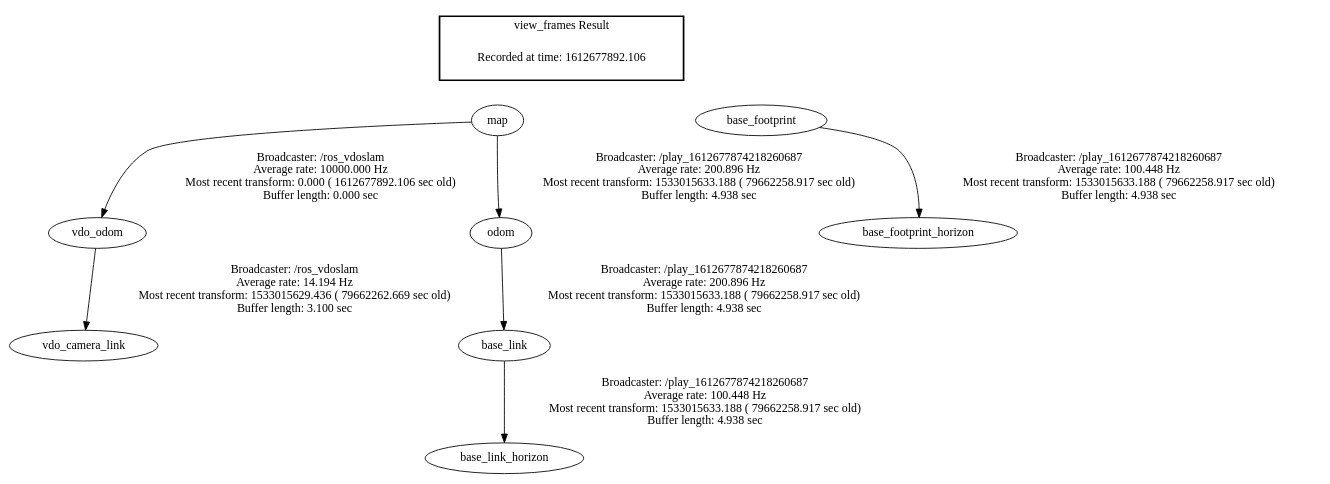
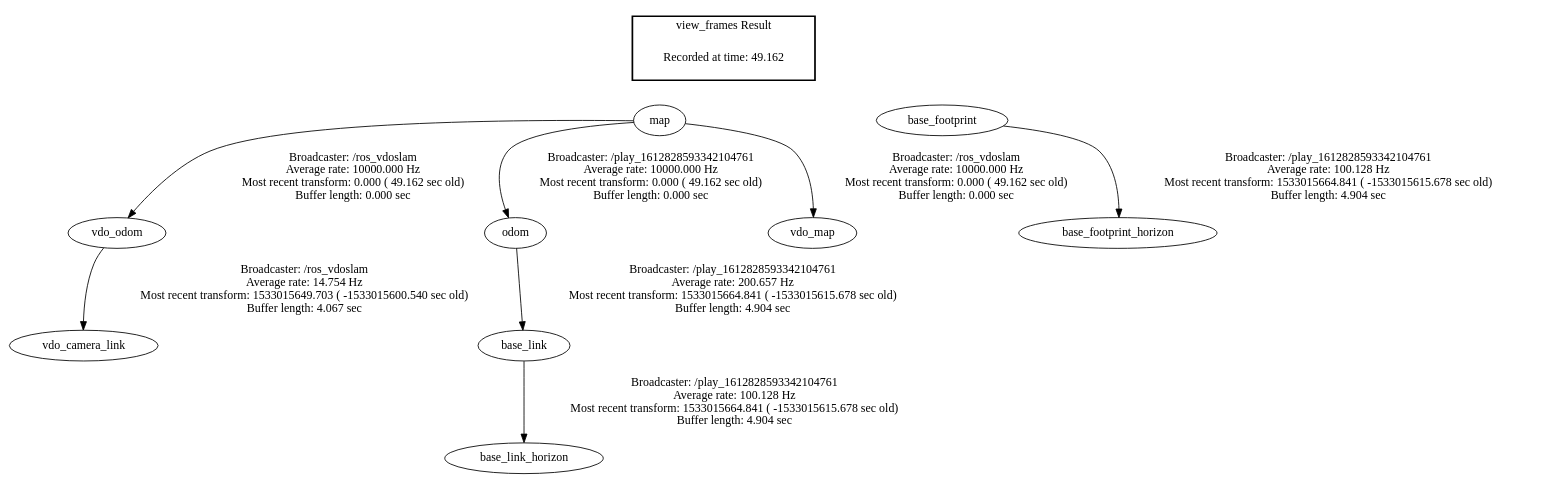
Before and after one commit to jessemorris/multi_robot_perception: the diagram in frames.gv, drawn with Graphviz. The commit also changed 12 other files, not shown here.

```diff
--- a/frames.gv
+++ b/frames.gv
@@ -1,16 +1,17 @@
 digraph G {
-"map" -> "vdo_odom"[label="Broadcaster: /ros_vdoslam\nAverage rate: 10000.000 Hz\nMost recent transform: 0.000 ( 1612677892.106 sec old)\nBuffer length: 0.000 sec\n"];
-"odom" -> "base_link"[label="Broadcaster: /play_1612677874218260687\nAverage rate: 200.896 Hz\nMost recent transform: 1533015633.188 ( 79662258.917 sec old)\nBuffer length: 4.938 sec\n"];
-"map" -> "odom"[label="Broadcaster: /play_1612677874218260687\nAverage rate: 200.896 Hz\nMost recent transform: 1533015633.188 ( 79662258.917 sec old)\nBuffer length: 4.938 sec\n"];
-"base_link" -> "base_link_horizon"[label="Broadcaster: /play_1612677874218260687\nAverage rate: 100.448 Hz\nMost recent transform: 1533015633.188 ( 79662258.917 sec old)\nBuffer length: 4.938 sec\n"];
-"base_footprint" -> "base_footprint_horizon"[label="Broadcaster: /play_1612677874218260687\nAverage rate: 100.448 Hz\nMost recent transform: 1533015633.188 ( 79662258.917 sec old)\nBuffer length: 4.938 sec\n"];
-"vdo_odom" -> "vdo_camera_link"[label="Broadcaster: /ros_vdoslam\nAverage rate: 14.194 Hz\nMost recent transform: 1533015629.436 ( 79662262.669 sec old)\nBuffer length: 3.100 sec\n"];
+"map" -> "vdo_odom"[label="Broadcaster: /ros_vdoslam\nAverage rate: 10000.000 Hz\nMost recent transform: 0.000 ( 49.162 sec old)\nBuffer length: 0.000 sec\n"];
+"map" -> "odom"[label="Broadcaster: /play_1612828593342104761\nAverage rate: 10000.000 Hz\nMost recent transform: 0.000 ( 49.162 sec old)\nBuffer length: 0.000 sec\n"];
+"map" -> "vdo_map"[label="Broadcaster: /ros_vdoslam\nAverage rate: 10000.000 Hz\nMost recent transform: 0.000 ( 49.162 sec old)\nBuffer length: 0.000 sec\n"];
+"odom" -> "base_link"[label="Broadcaster: /play_1612828593342104761\nAverage rate: 200.657 Hz\nMost recent transform: 1533015664.841 ( -1533015615.678 sec old)\nBuffer length: 4.904 sec\n"];
+"base_link" -> "base_link_horizon"[label="Broadcaster: /play_1612828593342104761\nAverage rate: 100.128 Hz\nMost recent transform: 1533015664.841 ( -1533015615.678 sec old)\nBuffer length: 4.904 sec\n"];
+"base_footprint" -> "base_footprint_horizon"[label="Broadcaster: /play_1612828593342104761\nAverage rate: 100.128 Hz\nMost recent transform: 1533015664.841 ( -1533015615.678 sec old)\nBuffer length: 4.904 sec\n"];
+"vdo_odom" -> "vdo_camera_link"[label="Broadcaster: /ros_vdoslam\nAverage rate: 14.754 Hz\nMost recent transform: 1533015649.703 ( -1533015600.540 sec old)\nBuffer length: 4.067 sec\n"];
 edge [style=invis];
  subgraph cluster_legend { style=bold; color=black; label ="view_frames Result";
-"Recorded at time: 1612677892.106"[ shape=plaintext ] ;
+"Recorded at time: 49.162"[ shape=plaintext ] ;
  }->"map";
 edge [style=invis];
  subgraph cluster_legend { style=bold; color=black; label ="view_frames Result";
-"Recorded at time: 1612677892.106"[ shape=plaintext ] ;
+"Recorded at time: 49.162"[ shape=plaintext ] ;
  }->"base_footprint";
 }
```
